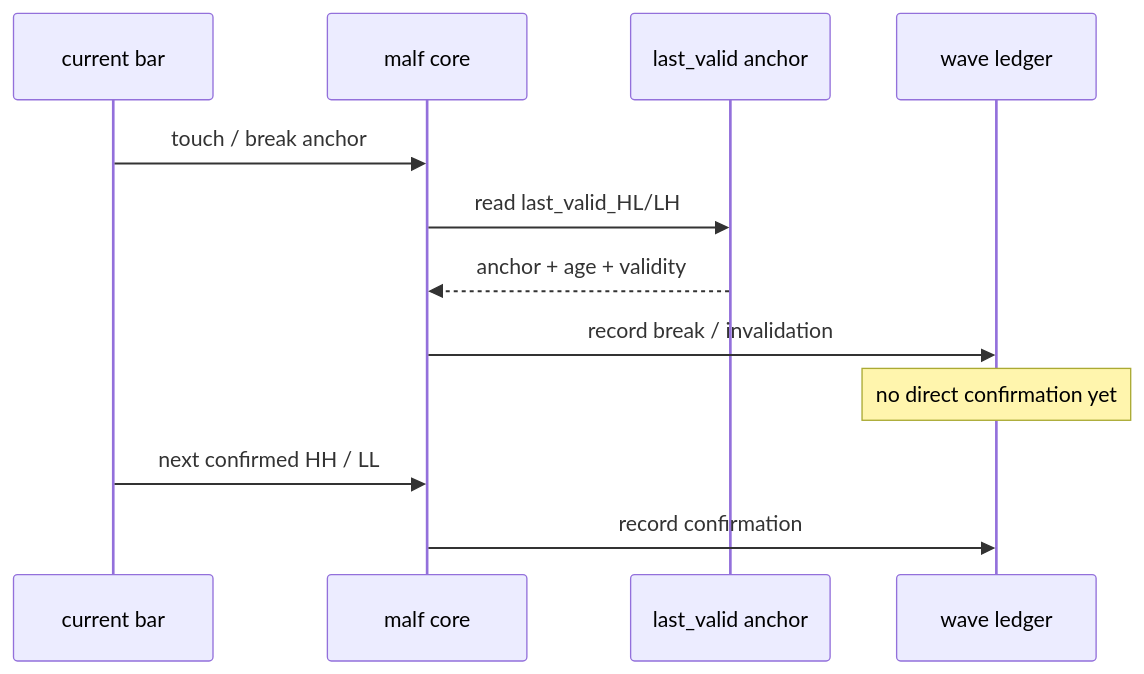
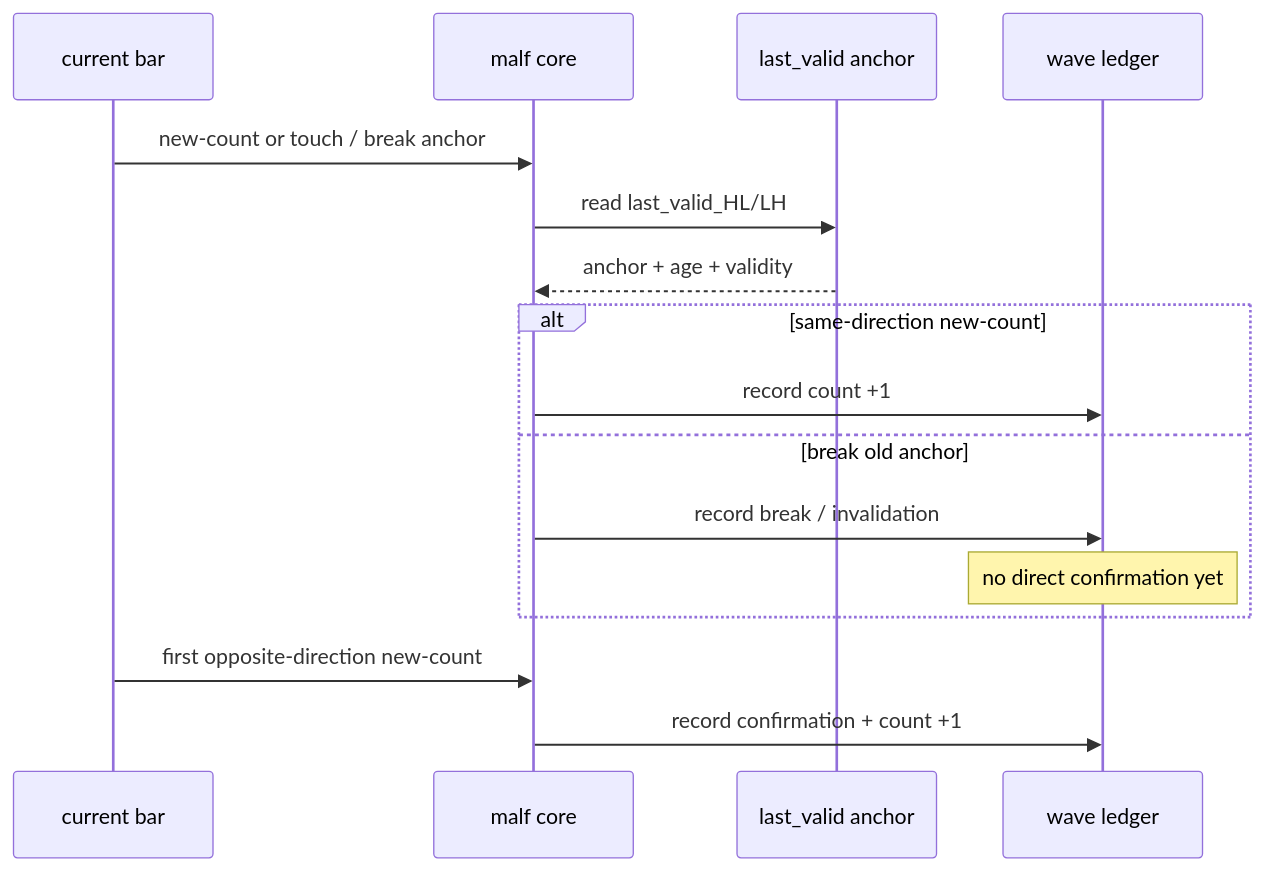
One commit to everything-is-simple/lifespan-0.01 changed the fourth of 4 diagrams in docs/02-spec/modules/malf/17-malf-truth-contract-stale-guard-and-rebuild-governance-spec-20260419.md. Above: the diagram before and after it, drawn with Mermaid. The commit also changed other lines of this file and 4 other files, not shown here.

````diff
--- a/docs/02-spec/modules/malf/17-malf-truth-contract-stale-guard-and-rebuild-governance-spec-20260419.md
+++ b/docs/02-spec/modules/malf/17-malf-truth-contract-stale-guard-and-rebuild-governance-spec-20260419.md
@@ -129,15 +162,19 @@
 ```mermaid
 sequenceDiagram
     participant Bar as current bar
     participant Core as malf core
     participant Guard as last_valid anchor
     participant Wave as wave ledger
 
-    Bar->>Core: touch / break anchor
+    Bar->>Core: new-count or touch / break anchor
     Core->>Guard: read last_valid_HL/LH
     Guard-->>Core: anchor + age + validity
-    Core->>Wave: record break / invalidation
-    Note over Wave: no direct confirmation yet
-    Bar->>Core: next confirmed HH / LL
-    Core->>Wave: record confirmation
+    alt same-direction new-count
+        Core->>Wave: record count +1
+    else break old anchor
+        Core->>Wave: record break / invalidation
+        Note over Wave: no direct confirmation yet
+    end
+    Bar->>Core: first opposite-direction new-count
+    Core->>Wave: record confirmation + count +1
 ```
````
